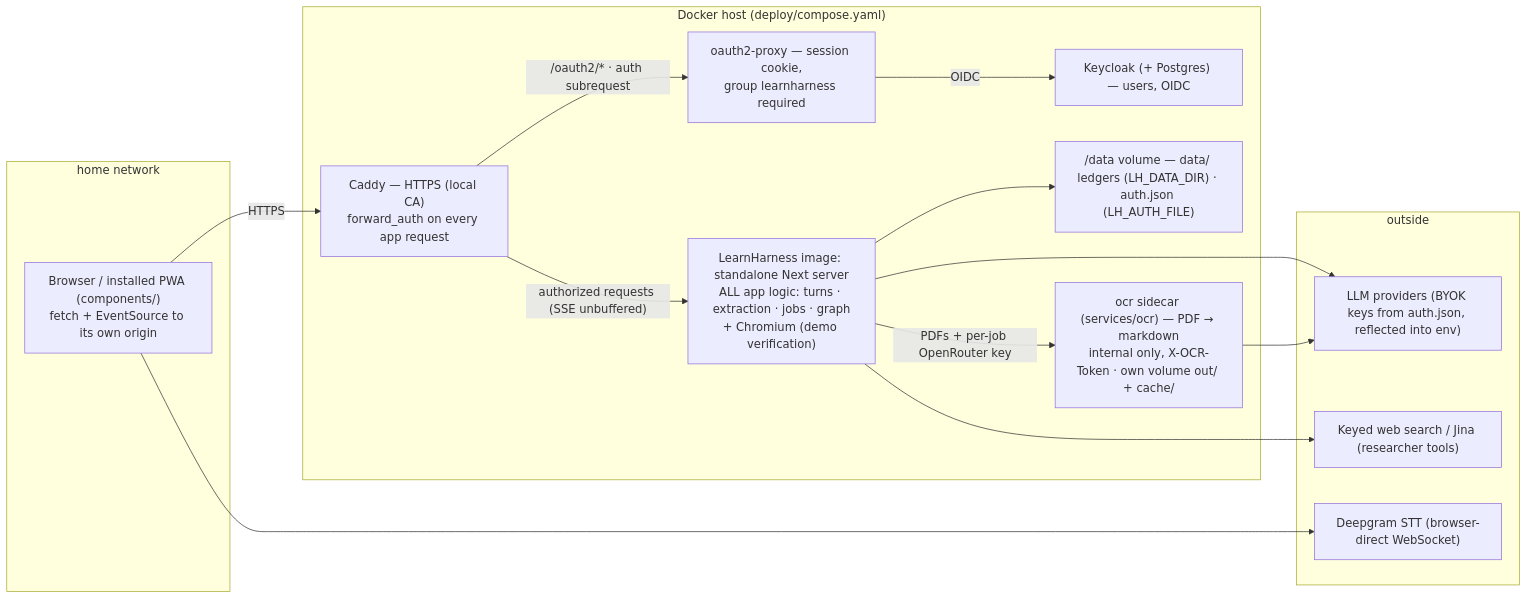
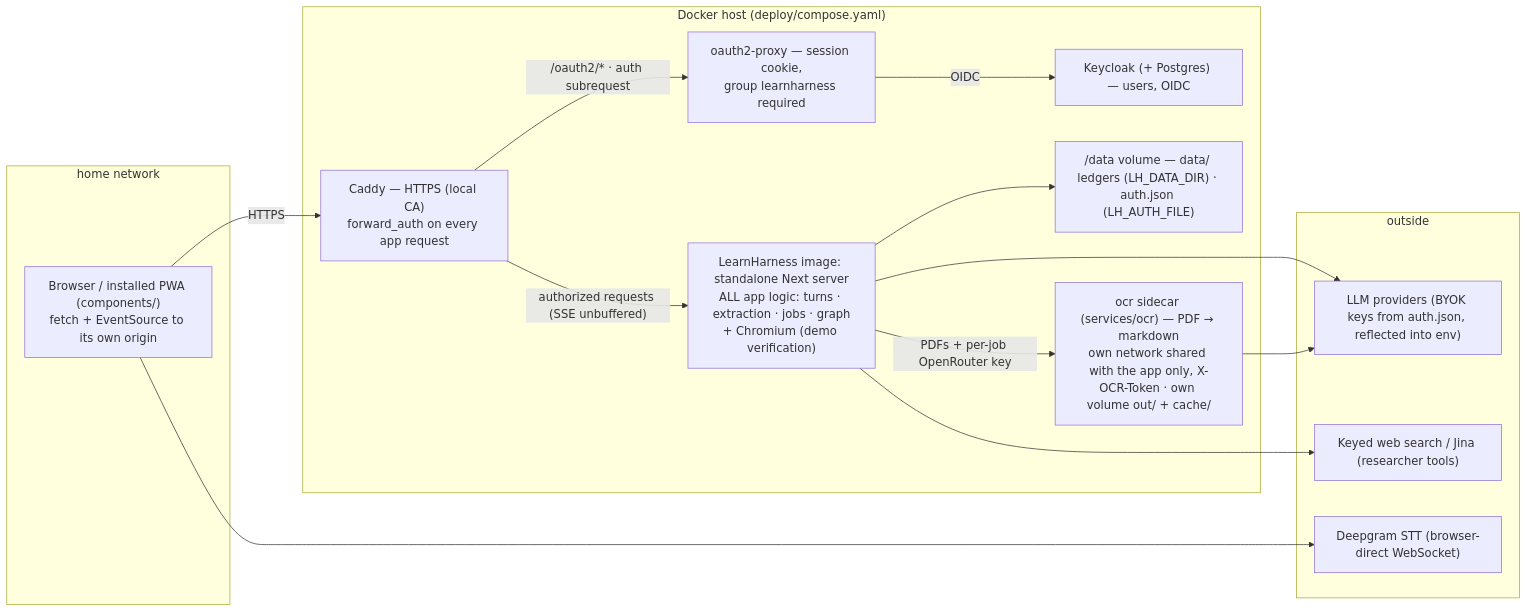
The seventh of 7 diagrams in docs/architecture.md (VileEnd/learnharness), drawn with Mermaid before and after one commit. The commit also changed other lines of this file and 4 other files, not shown here.

First line of the commit message:
ops: harden the app and OCR containers, split networks, security headers (#97)

````diff
--- a/docs/architecture.md
+++ b/docs/architecture.md
@@ -470,29 +470,29 @@
 ```mermaid
 flowchart LR
     subgraph LAN["home network"]
         BROWSER["Browser / installed PWA (components/)<br/>fetch + EventSource to its own origin"]
     end
     subgraph STACK["Docker host (deploy/compose.yaml)"]
         CADDY["Caddy — HTTPS (local CA)<br/>forward_auth on every app request"]
         PROXY["oauth2-proxy — session cookie,<br/>group learnharness required"]
         KC["Keycloak (+ Postgres) — users, OIDC"]
         NEXT["LearnHarness image: standalone Next server<br/>ALL app logic: turns · extraction · jobs · graph<br/>+ Chromium (demo verification)"]
         DISK["/data volume — data/ ledgers (LH_DATA_DIR) · auth.json (LH_AUTH_FILE)"]
-        OCR["ocr sidecar (services/ocr) — PDF → markdown<br/>internal only, X-OCR-Token · own volume out/ + cache/"]
+        OCR["ocr sidecar (services/ocr) — PDF → markdown<br/>own network shared with the app only, X-OCR-Token · own volume out/ + cache/"]
     end
     subgraph OUTSIDE["outside"]
         OR["LLM providers (BYOK keys from auth.json, reflected into env)"]
         DG["Deepgram STT (browser-direct WebSocket)"]
         WEBS["Keyed web search / Jina (researcher tools)"]
     end
     BROWSER -->|"HTTPS"| CADDY
     CADDY -->|"/oauth2/* · auth subrequest"| PROXY
     PROXY -->|"OIDC"| KC
     CADDY -->|"authorized requests (SSE unbuffered)"| NEXT
     NEXT --> DISK
     NEXT --> OR
     NEXT -->|"PDFs + per-job OpenRouter key"| OCR
     OCR --> OR
     NEXT --> WEBS
     BROWSER --> DG
 ```
````
